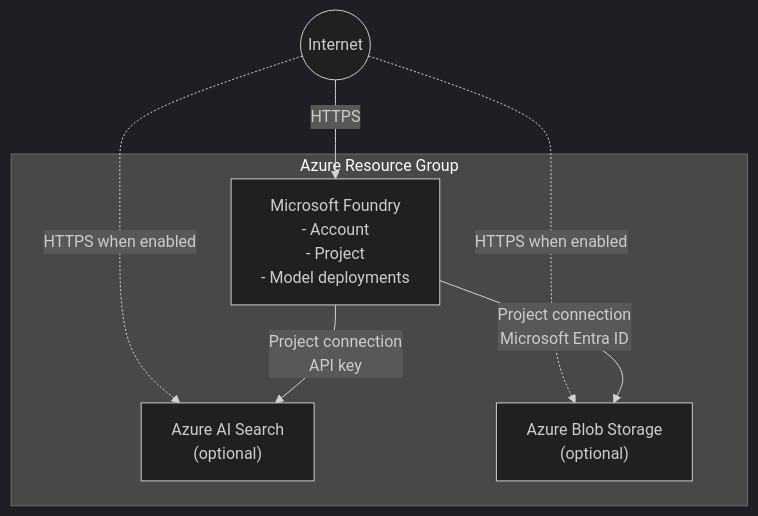
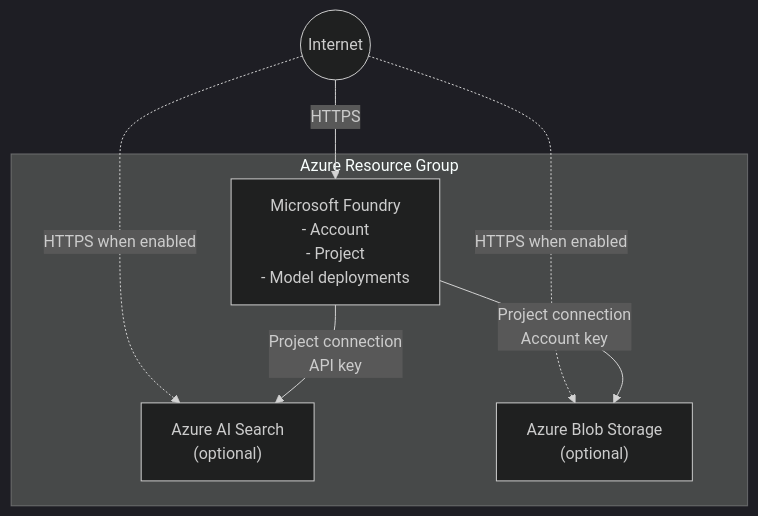
One commit to ks6088ts/template-terraform changed the diagram in infra/scenarios/azure_microsoft_foundry/README.md. Above: the diagram before and after it, drawn with Mermaid (dark theme). The commit also changed other lines of this file and 4 other files, not shown here.

Commit message:
feat: update Azure Blob Storage configuration to use account key authentication and adjust related tests

````diff
--- a/infra/scenarios/azure_microsoft_foundry/README.md
+++ b/infra/scenarios/azure_microsoft_foundry/README.md
@@ -14,16 +14,16 @@
 ```mermaid
 flowchart TB
     Internet((Internet))
 
     subgraph Azure["Azure Resource Group"]
         MF["Microsoft Foundry<br/>- Account<br/>- Project<br/>- Model deployments"]
         Search["Azure AI Search<br/>(optional)"]
         Storage["Azure Blob Storage<br/>(optional)"]
     end
 
     Internet -->|HTTPS| MF
     Internet -.->|HTTPS when enabled| Search
     Internet -.->|HTTPS when enabled| Storage
     MF -->|Project connection<br/>API key| Search
-    MF -->|Project connection<br/>Microsoft Entra ID| Storage
+    MF -->|Project connection<br/>Account key| Storage
 ```
````
